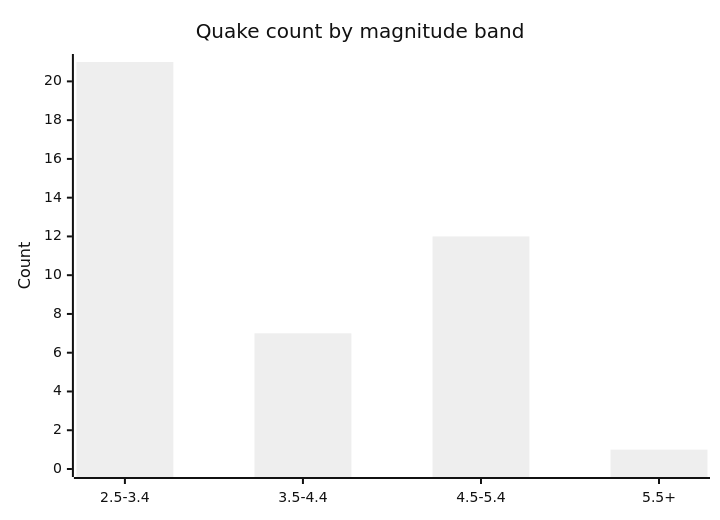
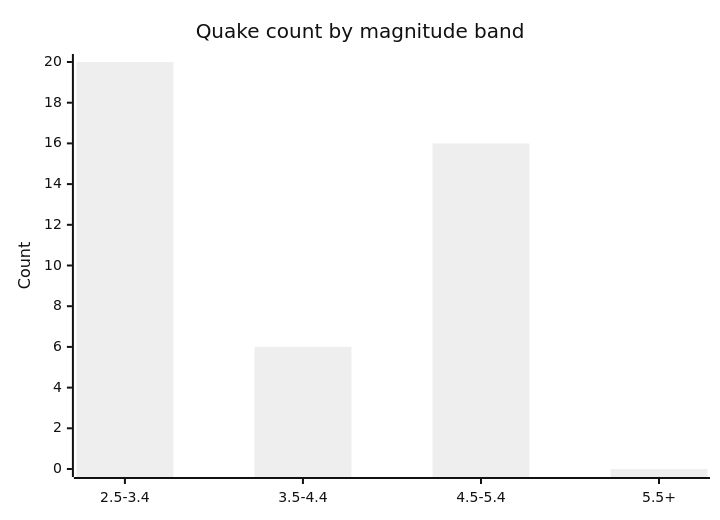
Before and after one commit to Midwest-Stratospheric/aerostratospheric-defense-gir: the fifth of 6 diagrams in docs/GRAPHS.md, drawn with Mermaid (neutral theme). The commit also changed other lines of this file and 24 other files, not shown here.

````diff
--- a/docs/GRAPHS.md
+++ b/docs/GRAPHS.md
@@ -82,7 +82,7 @@
 ```mermaid
 xychart-beta
   title "Quake count by magnitude band"
   x-axis ["2.5-3.4", "3.5-4.4", "4.5-5.4", "5.5+"]
-  y-axis "Count" 0 --> 21
-  bar [21, 7, 12, 1]
+  y-axis "Count" 0 --> 20
+  bar [20, 6, 16, 0]
 ```
````
